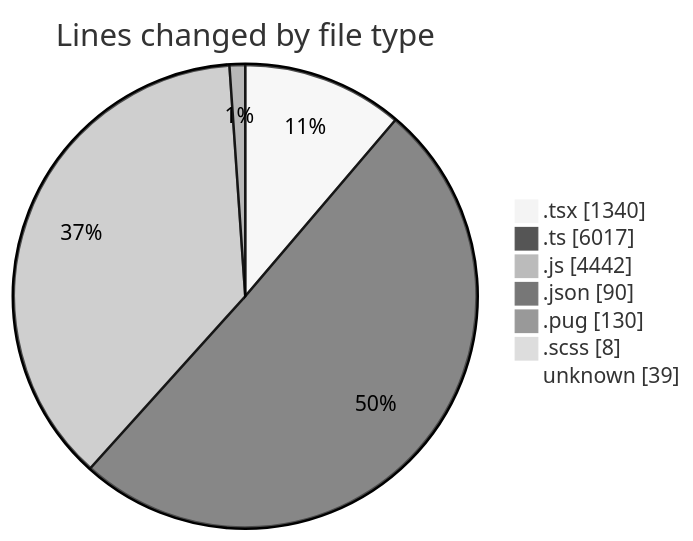
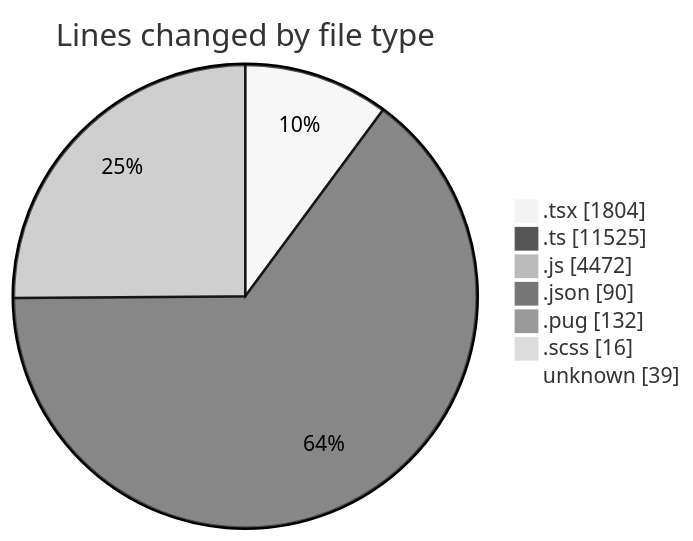
Before and after one commit to momahboobian/code-tracking: the first of 2 diagrams in 2025-03-24/cda/README.md, drawn with Mermaid (neutral theme). The commit also changed other lines of this file and 1 other file, not shown here.

````diff
--- a/2025-03-24/cda/README.md
+++ b/2025-03-24/cda/README.md
@@ -42,11 +42,11 @@
 ```mermaid
 pie showData
 title Lines changed by file type
-".tsx" : 1340
-".ts" : 6017
-".js" : 4442
+".tsx" : 1804
+".ts" : 11525
+".js" : 4472
 ".json" : 90
-".pug" : 130
-".scss" : 8
+".pug" : 132
+".scss" : 16
 "unknown" : 39
 ```
````
